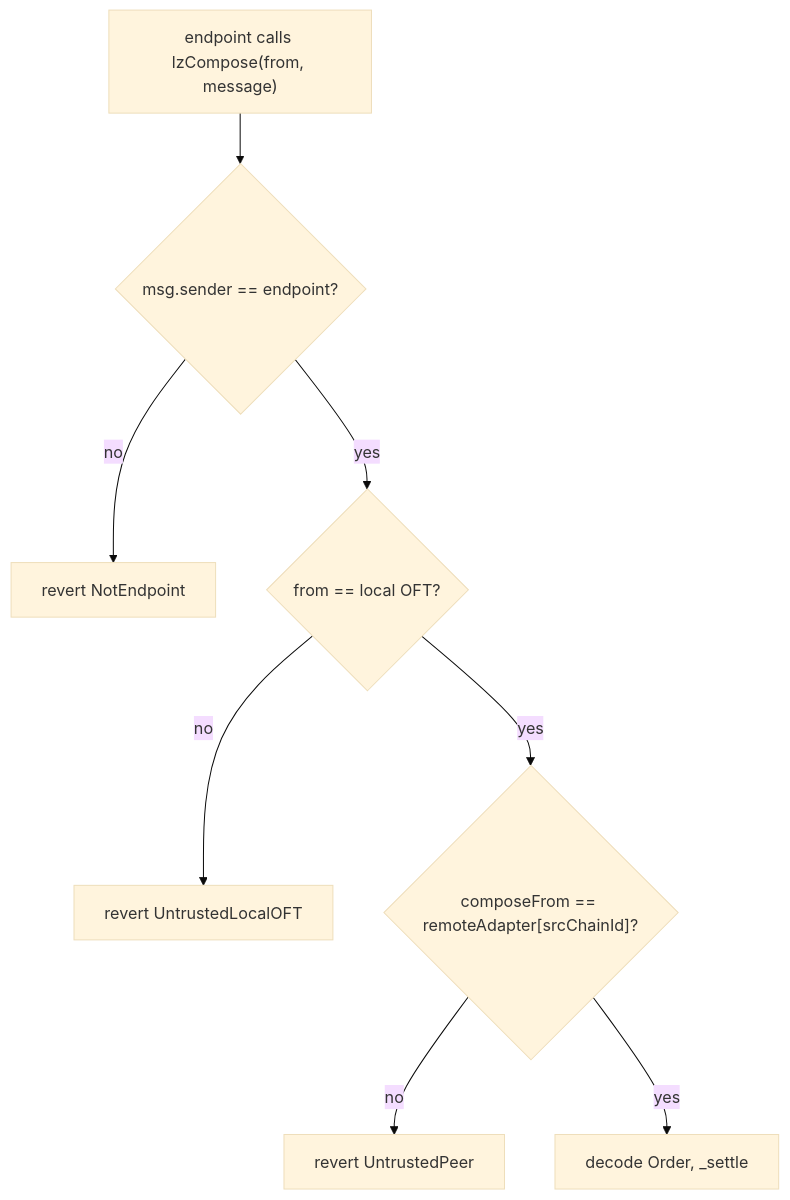
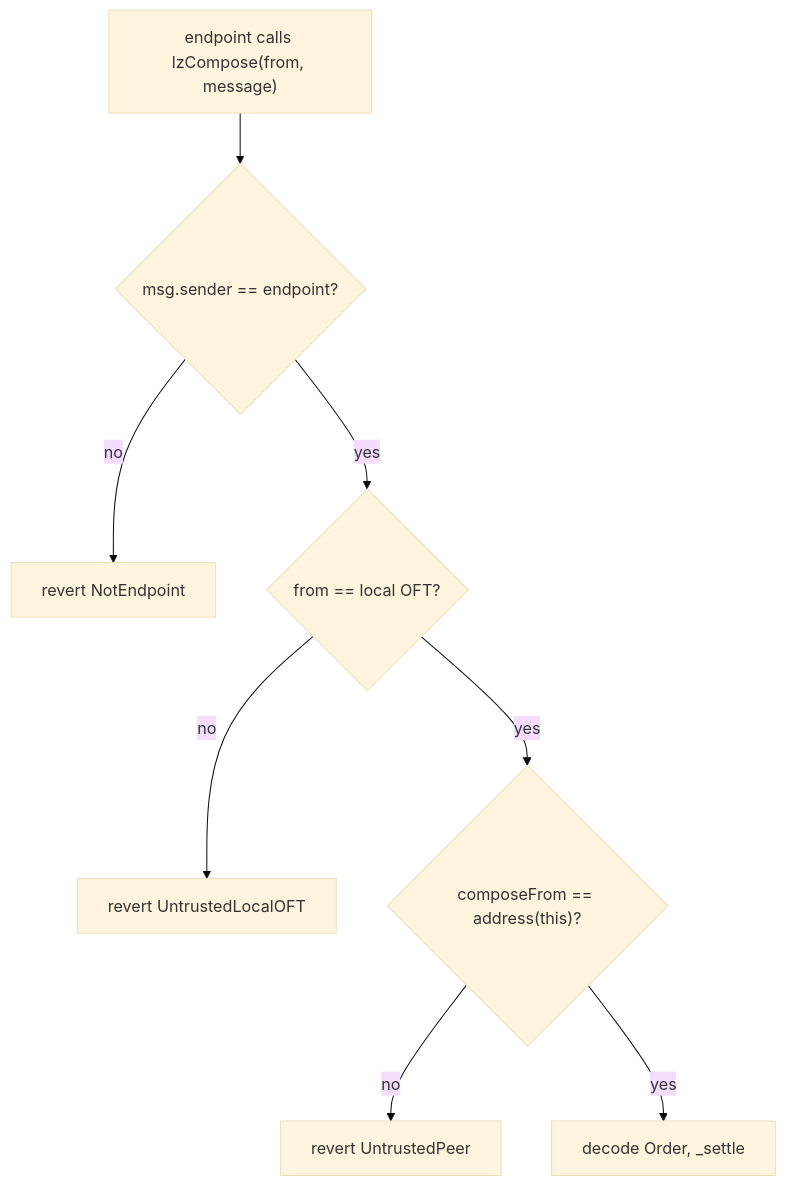
Before and after one commit to KaiCode2/fast-fill: the seventh of 7 diagrams in docs/ARCHITECTURE.md, drawn with Mermaid (base theme). The commit also changed other lines of this file and 2 other files, not shown here.

First line of the commit message:
docs: refresh README + ARCHITECTURE for the config registry & permit flows

````diff
--- a/docs/ARCHITECTURE.md
+++ b/docs/ARCHITECTURE.md
@@ -229,10 +235,10 @@
 ```mermaid
 flowchart TB
     LZ["endpoint calls lzCompose(from, message)"] --> G1{"msg.sender == endpoint?"}
     G1 -->|no| X1["revert NotEndpoint"]
     G1 -->|yes| G2{"from == local OFT?"}
     G2 -->|no| X2["revert UntrustedLocalOFT"]
-    G2 -->|yes| G3{"composeFrom == remoteAdapter[srcChainId]?"}
+    G2 -->|yes| G3{"composeFrom == address(this)?"}
     G3 -->|no| X3["revert UntrustedPeer"]
     G3 -->|yes| OK["decode Order, _settle"]
 ```
````
